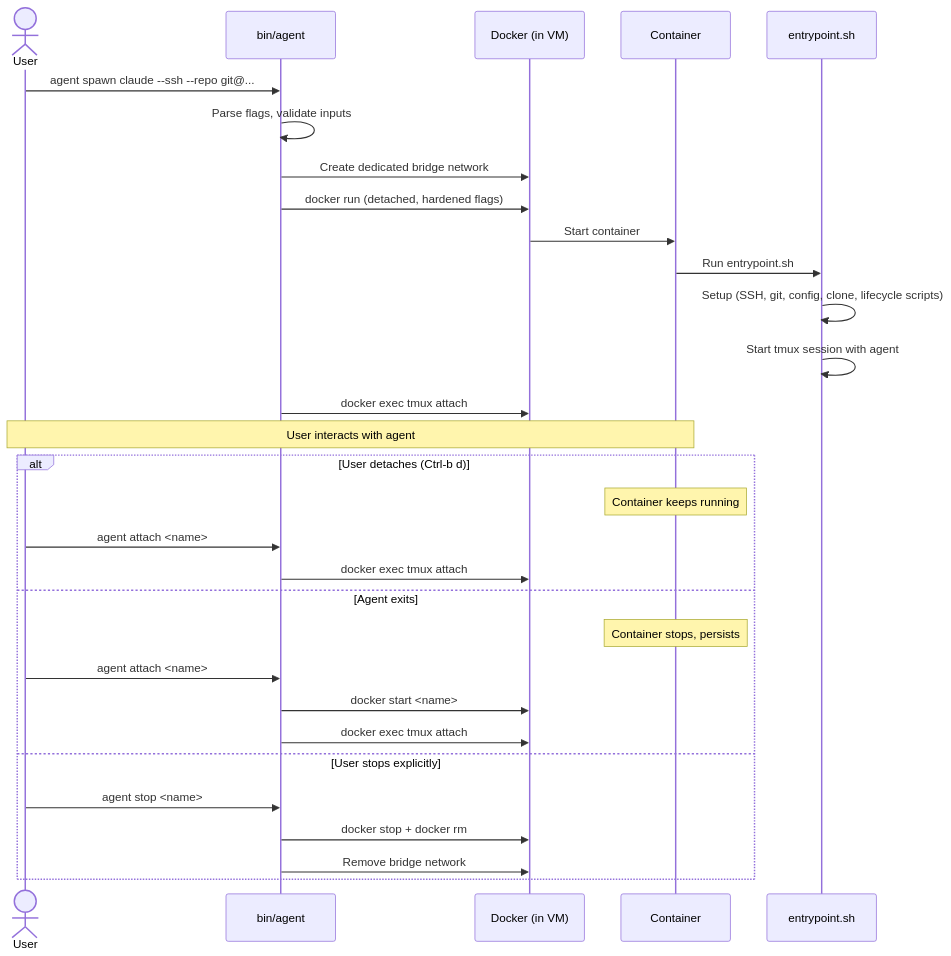
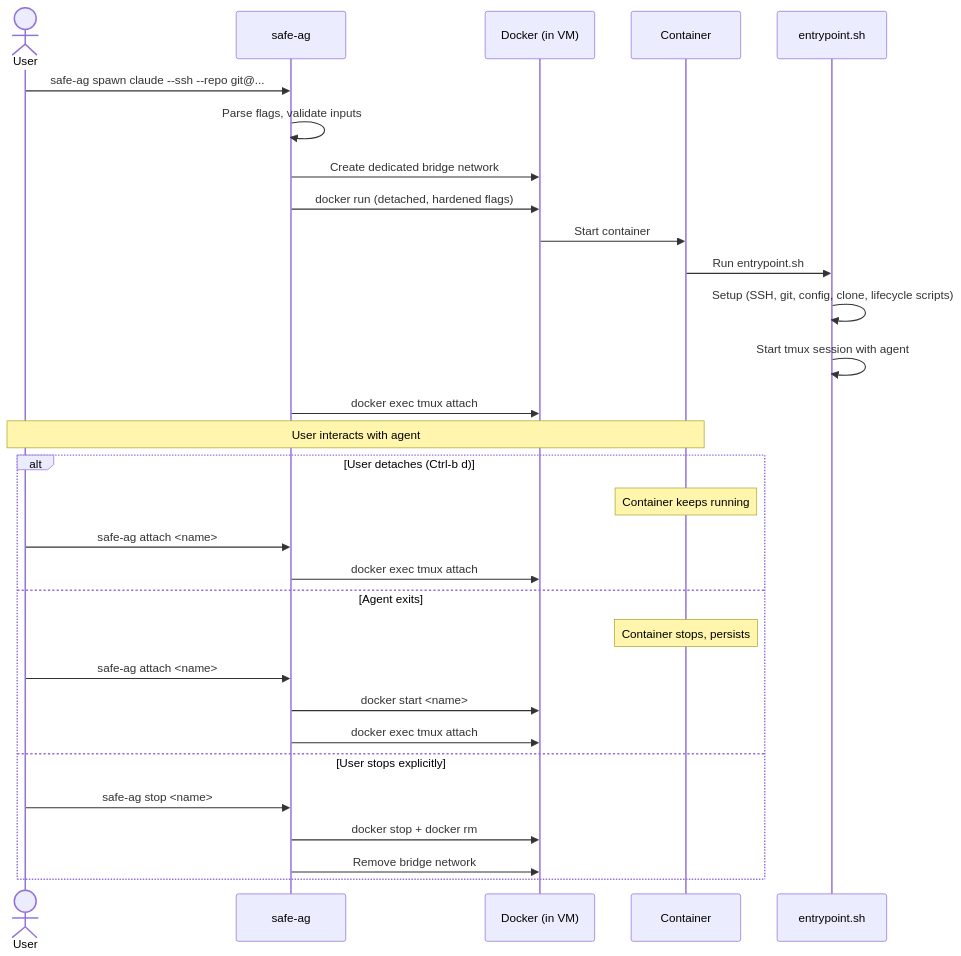
Before and after one commit to 0x666c6f/safe-agentic: the third of 3 diagrams in docs/architecture/container.md, drawn with Mermaid. The commit also changed other lines of this file and 87 other files, not shown here.

````diff
--- a/docs/architecture/container.md
+++ b/docs/architecture/container.md
@@ -113,34 +113,34 @@
 ```mermaid
 sequenceDiagram
     actor User
-    participant CLI as bin/agent
+    participant CLI as safe-ag
     participant Docker as Docker (in VM)
     participant Container
     participant Entry as entrypoint.sh
 
-    User->>CLI: agent spawn claude --ssh --repo git@...
+    User->>CLI: safe-ag spawn claude --ssh --repo git@...
     CLI->>CLI: Parse flags, validate inputs
     CLI->>Docker: Create dedicated bridge network
     CLI->>Docker: docker run (detached, hardened flags)
     Docker->>Container: Start container
     Container->>Entry: Run entrypoint.sh
     Entry->>Entry: Setup (SSH, git, config, clone, lifecycle scripts)
     Entry->>Entry: Start tmux session with agent
     CLI->>Docker: docker exec tmux attach
     Note over User,Container: User interacts with agent
 
     alt User detaches (Ctrl-b d)
         Note over Container: Container keeps running
-        User->>CLI: agent attach <name>
+        User->>CLI: safe-ag attach <name>
         CLI->>Docker: docker exec tmux attach
     else Agent exits
         Note over Container: Container stops, persists
-        User->>CLI: agent attach <name>
+        User->>CLI: safe-ag attach <name>
         CLI->>Docker: docker start <name>
         CLI->>Docker: docker exec tmux attach
     else User stops explicitly
-        User->>CLI: agent stop <name>
+        User->>CLI: safe-ag stop <name>
         CLI->>Docker: docker stop + docker rm
         CLI->>Docker: Remove bridge network
     end
 ```
````
